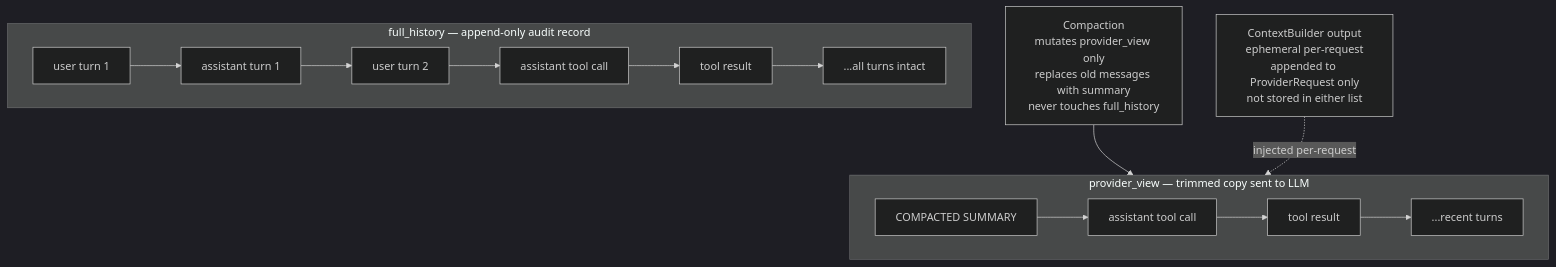
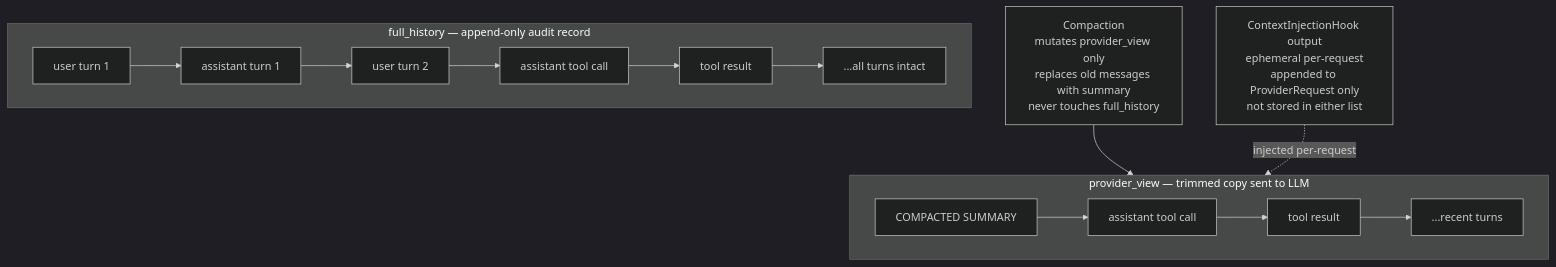
One commit to DuyTa506/linch changed the seventh of 14 diagrams in docs/architecture.md. Above: the diagram before and after it, drawn with Mermaid (dark theme). The commit also changed other lines of this file and 10 other files, not shown here.

````diff
--- a/docs/architecture.md
+++ b/docs/architecture.md
@@ -343,19 +345,19 @@
 ```mermaid
 graph TD
     subgraph FH["full_history  — append-only audit record"]
         direction LR
         fh1["user turn 1"] --> fh2["assistant turn 1"] --> fh3["user turn 2"] --> fh4["assistant tool call"] --> fh5["tool result"] --> fh6["...all turns intact"]
     end
 
     subgraph PV["provider_view  — trimmed copy sent to LLM"]
         direction LR
         pvc["COMPACTED SUMMARY"] --> pv4["assistant tool call"] --> pv5["tool result"] --> pv6["...recent turns"]
     end
 
     COMP["Compaction\nmutates provider_view only\nreplaces old messages with summary\nnever touches full_history"]
 
-    CTX["ContextBuilder output\nephemeral per-request\nappended to ProviderRequest only\nnot stored in either list"]
+    CTX["ContextInjectionHook output\nephemeral per-request\nappended to ProviderRequest only\nnot stored in either list"]
 
     COMP --> PV
     CTX -.->|"injected per-request"| PV
 ```
````
